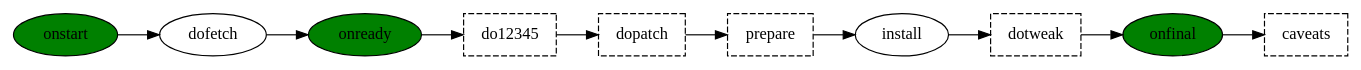
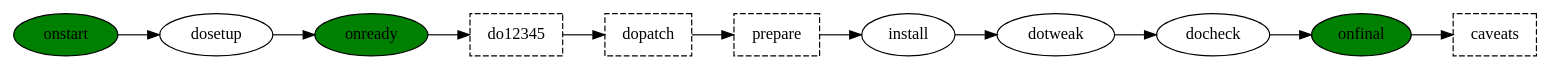
One commit to leleliu008/xcpkg changed the diagram in phases.dot. Above: the diagram before and after it, drawn with Graphviz. The commit also changed 2 other files, not shown here.

```diff
--- a/phases.dot
+++ b/phases.dot
@@ -1,15 +1,14 @@
 digraph {
     rankdir="LR"
 
-    onstart -> dofetch -> onready -> do12345 -> dopatch -> prepare -> install -> dotweak -> onfinal -> caveats
+    onstart -> dosetup -> onready -> do12345 -> dopatch -> prepare -> install -> dotweak -> docheck -> onfinal -> caveats
 
     onstart [fillcolor="green";style=filled]
     onready [fillcolor="green";style=filled]
     onfinal [fillcolor="green";style=filled]
 
     do12345 [shape="box"; style="dashed"];
     dopatch [shape="box"; style="dashed"];
     prepare [shape="box"; style="dashed"];
-    dotweak [shape="box"; style="dashed"];
     caveats [shape="box"; style="dashed"];
 }
```
